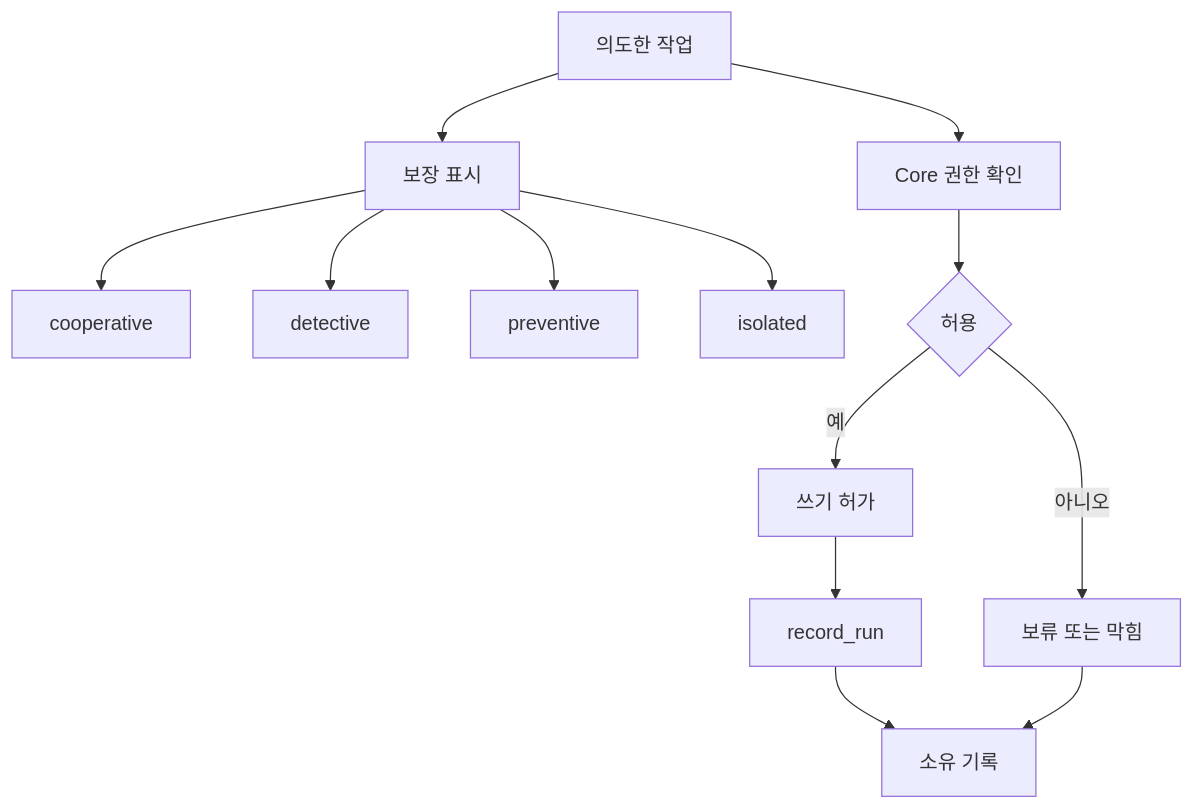
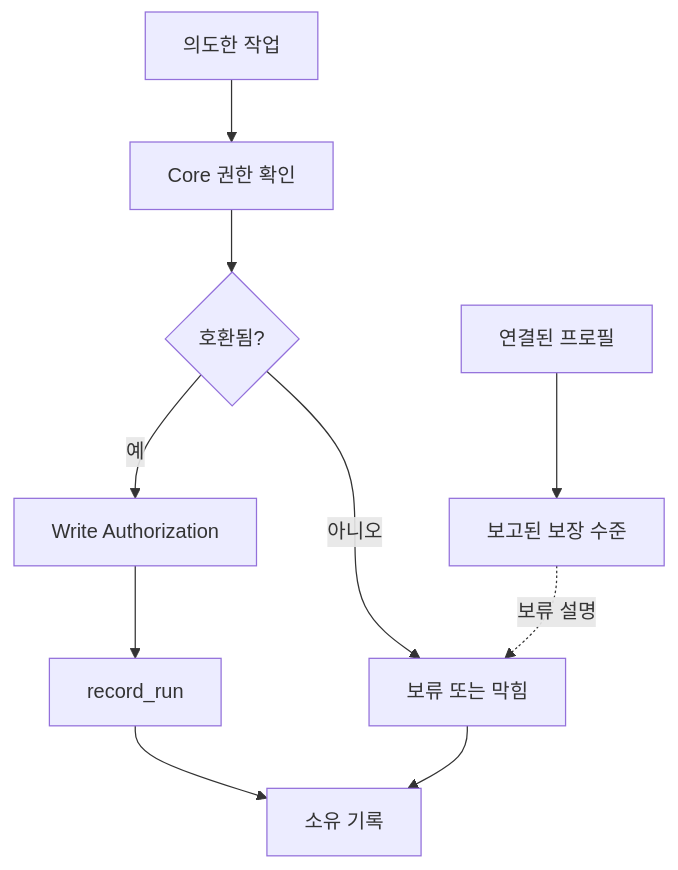
Before and after one commit to minjungw00/Harness_Project: the second of 2 diagrams in docs/ko/reference/runtime-architecture.md, drawn with Mermaid. The commit also changed other lines of this file and 15 other files, not shown here.

Commit message:
docs: simplify and audit Harness diagrams

````diff
--- a/docs/ko/reference/runtime-architecture.md
+++ b/docs/ko/reference/runtime-architecture.md
@@ -320,15 +320,12 @@
 ```mermaid
 flowchart TB
-  Operation["의도한 작업"] --> Profile["보장 표시"]
-  Profile --> Cooperative["cooperative"]
-  Profile --> Detective["detective"]
-  Profile --> Preventive["preventive"]
-  Profile --> Isolated["isolated"]
-  Operation --> Core["Core 권한 확인"]
-  Core --> Decision{"허용"}
-  Decision -->|예| Authorization["쓰기 허가"]
+  Operation["의도한 작업"] --> Core["Core 권한 확인"]
+  Profile["연결된 프로필"] --> Level["보고된 보장 수준"]
+  Core --> Decision{"호환됨?"}
+  Decision -->|예| Authorization["Write Authorization"]
   Authorization --> Run["record_run"]
   Run --> Records["소유 기록"]
   Decision -->|아니오| Blocker["보류 또는 막힘"]
+  Level -. 보류 설명 .-> Blocker
   Blocker --> Records
 ```
````
